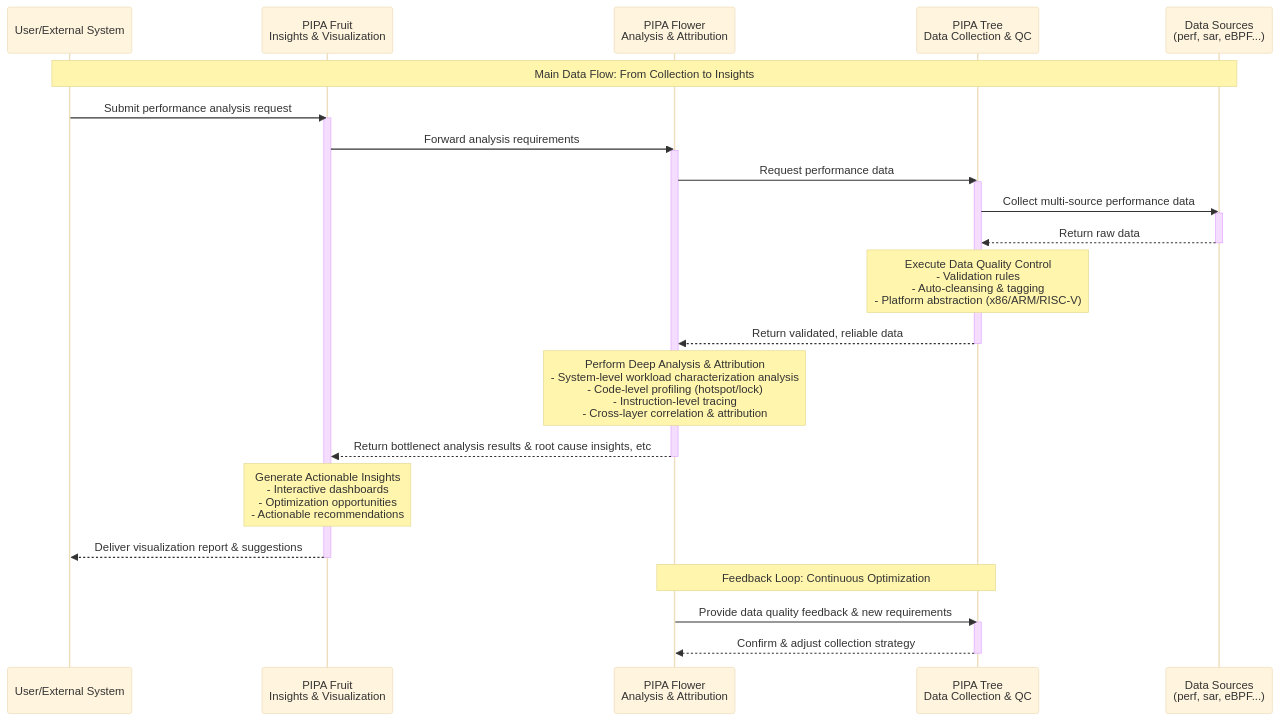
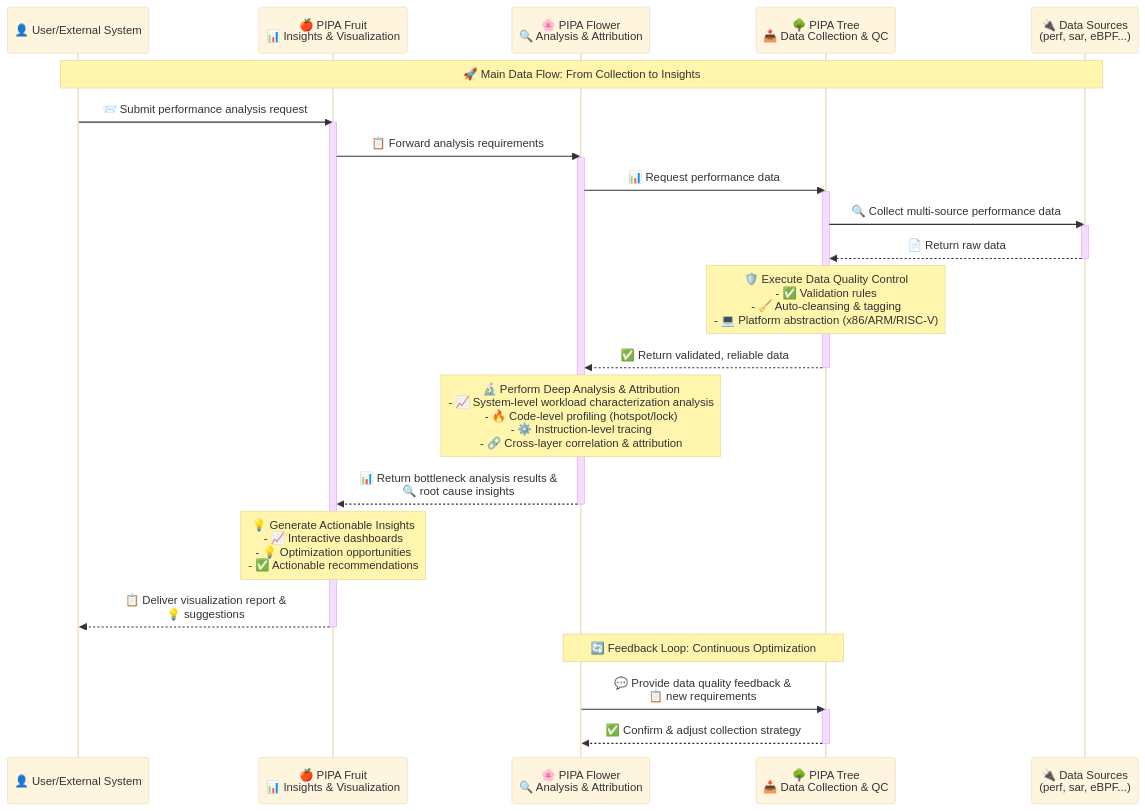
The diagram in README.md (ZJU-SPAIL/pipa), drawn with Mermaid (base theme) before and after one commit.

Commit message:
docs: add emoji in diagram

````diff
--- a/README.md
+++ b/README.md
@@ -30,39 +30,39 @@
 ```mermaid
 sequenceDiagram
-    participant User as User/External System
-    participant Fruit as PIPA Fruit<br/>Insights & Visualization
-    participant Flower as PIPA Flower<br/>Analysis & Attribution
-    participant Tree as PIPA Tree<br/>Data Collection & QC
-    participant Source as Data Sources<br/>(perf, sar, eBPF...)
+    participant User as 👤 User/External System
+    participant Fruit as 🍎 PIPA Fruit<br/>📊 Insights & Visualization
+    participant Flower as 🌸 PIPA Flower<br/>🔍 Analysis & Attribution
+    participant Tree as 🌳 PIPA Tree<br/>📥 Data Collection & QC
+    participant Source as 🔌 Data Sources<br/>(perf, sar, eBPF...)
 
-    Note over User, Source: Main Data Flow: From Collection to Insights
-    User->>Fruit: Submit performance analysis request
+    Note over User, Source: 🚀 Main Data Flow: From Collection to Insights
+    User->>Fruit: 📨 Submit performance analysis request
     activate Fruit
-    Fruit->>Flower: Forward analysis requirements
+    Fruit->>Flower: 📋 Forward analysis requirements
     activate Flower
 
-    Flower->>Tree: Request performance data
+    Flower->>Tree: 📊 Request performance data
     activate Tree
-    Tree->>Source: Collect multi-source performance data
+    Tree->>Source: 🔍 Collect multi-source performance data
     activate Source
-    Source-->>Tree: Return raw data
+    Source-->>Tree: 📄 Return raw data
     deactivate Source
 
-    Note over Tree: Execute Data Quality Control<br/>- Validation rules<br/>- Auto-cleansing & tagging<br/>- Platform abstraction (x86/ARM/RISC-V)
-    Tree-->>Flower: Return validated, reliable data
+    Note over Tree: 🛡️ Execute Data Quality Control<br/>- ✅ Validation rules<br/>- 🧹 Auto-cleansing & tagging<br/>- 💻 Platform abstraction (x86/ARM/RISC-V)
+    Tree-->>Flower: ✅ Return validated, reliable data
     deactivate Tree
 
-    Note over Flower: Perform Deep Analysis & Attribution<br/>- System-level workload characterization analysis <br/>- Code-level profiling (hotspot/lock)<br/>- Instruction-level tracing<br/>- Cross-layer correlation & attribution
-    Flower-->>Fruit: Return bottlenect analysis results & root cause insights, etc
+    Note over Flower: 🔬 Perform Deep Analysis & Attribution<br/>- 📈 System-level workload characterization analysis<br/>- 🔥 Code-level profiling (hotspot/lock)<br/>- ⚙️ Instruction-level tracing<br/>- 🔗 Cross-layer correlation & attribution
+    Flower-->>Fruit: 📊 Return bottleneck analysis results &<br/>🔍 root cause insights
     deactivate Flower
 
-    Note over Fruit: Generate Actionable Insights<br/>- Interactive dashboards<br/>- Optimization opportunities<br/>- Actionable recommendations
-    Fruit-->>User: Deliver visualization report & suggestions
+    Note over Fruit: 💡 Generate Actionable Insights<br/>- 📈 Interactive dashboards<br/>- 💡 Optimization opportunities<br/>- ✅ Actionable recommendations
+    Fruit-->>User: 📋 Deliver visualization report &<br/>💡 suggestions
     deactivate Fruit
 
-    Note over Flower, Tree: Feedback Loop: Continuous Optimization
-    Flower->>Tree: Provide data quality feedback & new requirements
+    Note over Flower, Tree: 🔄 Feedback Loop: Continuous Optimization
+    Flower->>Tree: 💬 Provide data quality feedback &<br/>📋 new requirements
     activate Tree
-    Tree-->>Flower: Confirm & adjust collection strategy
+    Tree-->>Flower: ✅ Confirm & adjust collection strategy
     deactivate Tree
 ```
````
